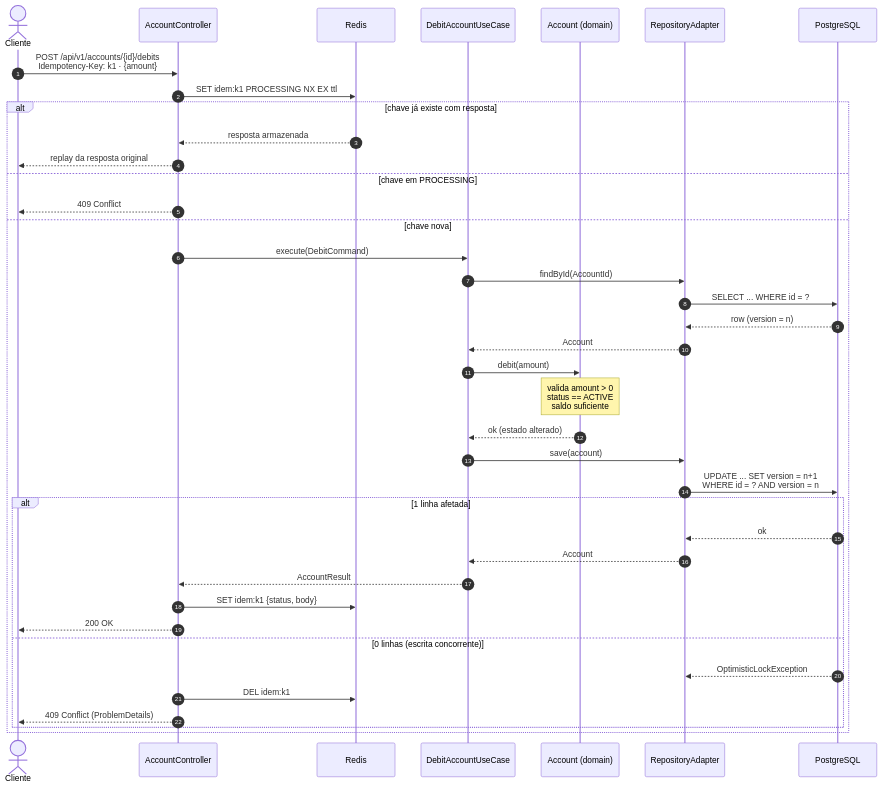
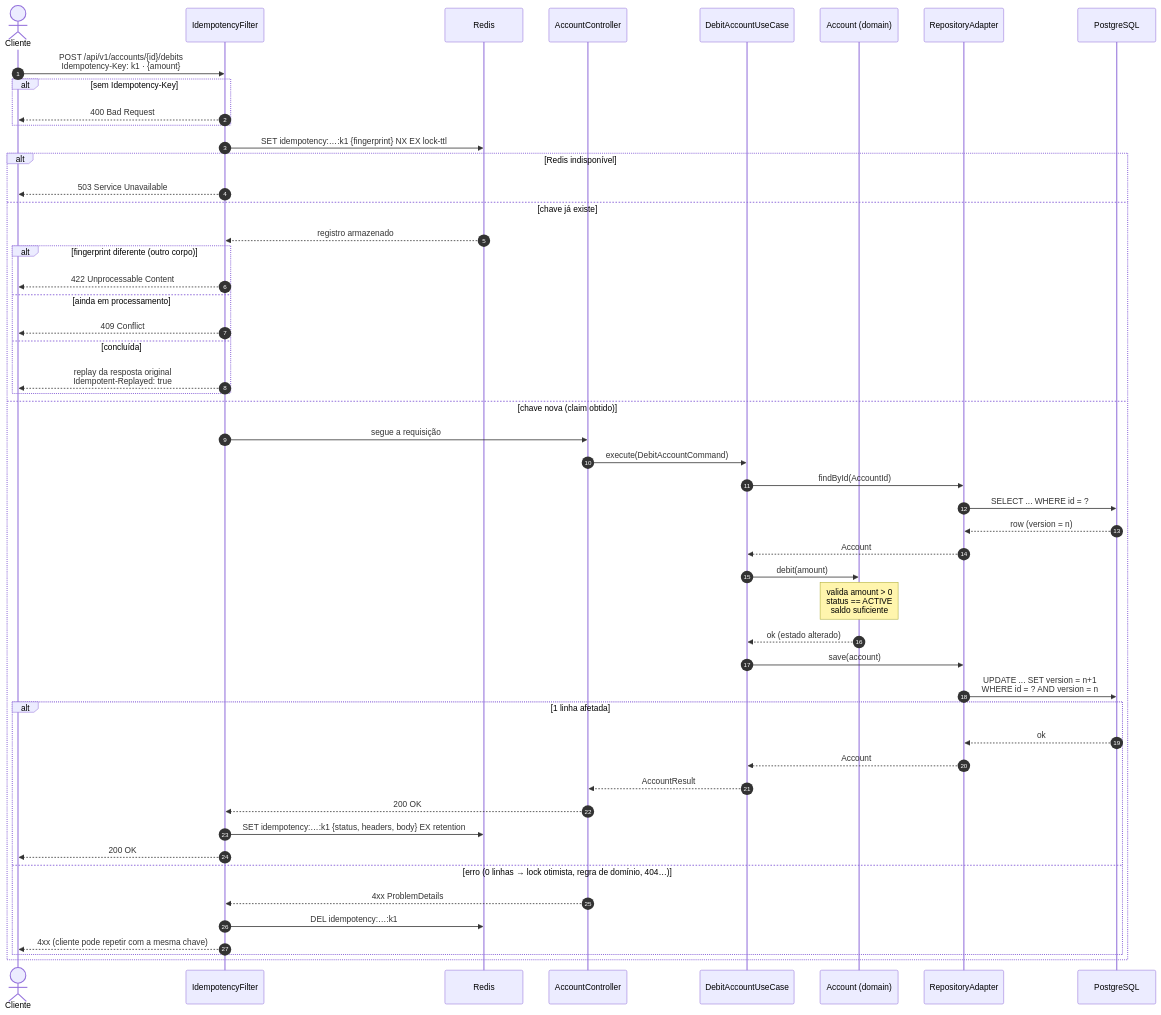
Before and after one commit to RafaelKorb/enterprise-crud-spring: the second of 4 diagrams in docs/architecture-flow.md, drawn with Mermaid. The commit also changed other lines of this file and 12 other files, not shown here.

First line of the commit message:
feat(rest): require idempotency keys on post requests

````diff
--- a/docs/architecture-flow.md
+++ b/docs/architecture-flow.md
@@ -88,42 +97,54 @@
 ```mermaid
 sequenceDiagram
     autonumber
     actor C as Cliente
+    participant F as IdempotencyFilter
+    participant R as Redis
     participant RC as AccountController
-    participant R as Redis
     participant UC as DebitAccountUseCase
     participant A as Account (domain)
     participant RA as RepositoryAdapter
     participant DB as PostgreSQL
 
-    C->>RC: POST /api/v1/accounts/{id}/debits<br/>Idempotency-Key: k1 · {amount}
-    RC->>R: SET idem:k1 PROCESSING NX EX ttl
-    alt chave já existe com resposta
-        R-->>RC: resposta armazenada
-        RC-->>C: replay da resposta original
-    else chave em PROCESSING
-        RC-->>C: 409 Conflict
-    else chave nova
-        RC->>UC: execute(DebitCommand)
+    C->>F: POST /api/v1/accounts/{id}/debits<br/>Idempotency-Key: k1 · {amount}
+    alt sem Idempotency-Key
+        F-->>C: 400 Bad Request
+    end
+    F->>R: SET idempotency:…:k1 {fingerprint} NX EX lock-ttl
+    alt Redis indisponível
+        F-->>C: 503 Service Unavailable
+    else chave já existe
+        R-->>F: registro armazenado
+        alt fingerprint diferente (outro corpo)
+            F-->>C: 422 Unprocessable Content
+        else ainda em processamento
+            F-->>C: 409 Conflict
+        else concluída
+            F-->>C: replay da resposta original<br/>Idempotent-Replayed: true
+        end
+    else chave nova (claim obtido)
+        F->>RC: segue a requisição
+        RC->>UC: execute(DebitAccountCommand)
         UC->>RA: findById(AccountId)
         RA->>DB: SELECT ... WHERE id = ?
         DB-->>RA: row (version = n)
         RA-->>UC: Account
         UC->>A: debit(amount)
         Note over A: valida amount > 0<br/>status == ACTIVE<br/>saldo suficiente
         A-->>UC: ok (estado alterado)
         UC->>RA: save(account)
         RA->>DB: UPDATE ... SET version = n+1<br/>WHERE id = ? AND version = n
         alt 1 linha afetada
             DB-->>RA: ok
             RA-->>UC: Account
             UC-->>RC: AccountResult
-            RC->>R: SET idem:k1 {status, body}
-            RC-->>C: 200 OK
-        else 0 linhas (escrita concorrente)
-            DB-->>RA: OptimisticLockException
-            RC->>R: DEL idem:k1
-            RC-->>C: 409 Conflict (ProblemDetails)
+            RC-->>F: 200 OK
+            F->>R: SET idempotency:…:k1 {status, headers, body} EX retention
+            F-->>C: 200 OK
+        else erro (0 linhas → lock otimista, regra de domínio, 404…)
+            RC-->>F: 4xx ProblemDetails
+            F->>R: DEL idempotency:…:k1
+            F-->>C: 4xx (cliente pode repetir com a mesma chave)
         end
     end
 ```
````
